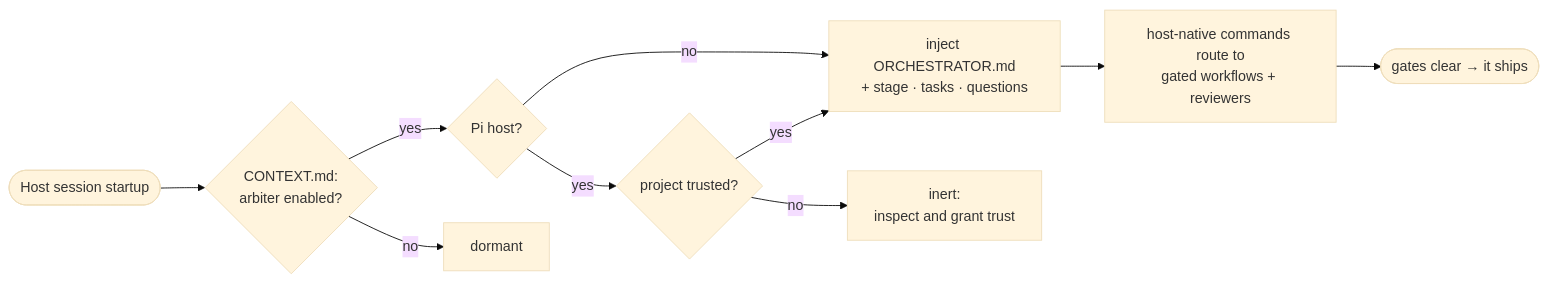
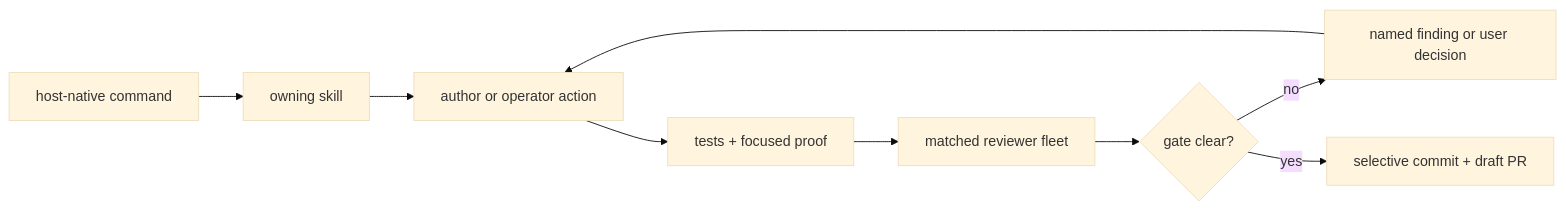
One commit to arbiterForge/codeArbiter changed the diagram in README.md. Above: the diagram before and after it, drawn with Mermaid (base theme). The commit also changed other lines of this file and 57 other files, not shown here.

````diff
--- a/README.md
+++ b/README.md
@@ -248,12 +207,11 @@
 ```mermaid
 flowchart LR
-    A(["Host session startup"]) --> B{"CONTEXT.md:<br/>arbiter enabled?"}
-    B -->|yes| P{"Pi host?"}
-    B -->|no| D["dormant"]
-    P -->|no| C["inject ORCHESTRATOR.md<br/>+ stage · tasks · questions"]
-    P -->|yes| T{"project trusted?"}
-    T -->|yes| C
-    T -->|no| U["inert:<br/>inspect and grant trust"]
-    C --> E["host-native commands route to<br/>gated workflows + reviewers"]
-    E --> F(["gates clear → it ships"])
+    I["host-native command"] --> R["owning skill"]
+    R --> A["author or operator action"]
+    A --> V["tests + focused proof"]
+    V --> F["matched reviewer fleet"]
+    F --> G{"gate clear?"}
+    G -->|no| X["named finding or user decision"]
+    X --> A
+    G -->|yes| P["selective commit + draft PR"]
 ```
````
